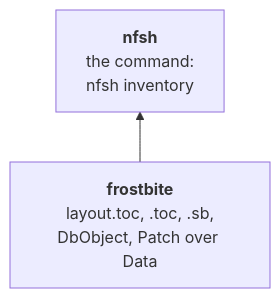
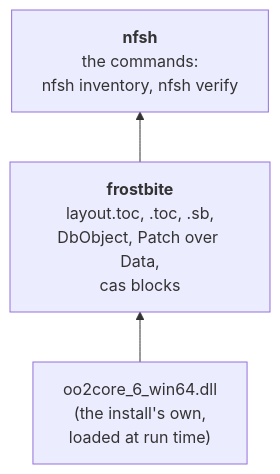
Before and after one commit to cmprssd/nfsh: the second of 4 diagrams in docs/OVERVIEW.md, drawn with Mermaid. The commit also changed other lines of this file and 12 other files, not shown here.

First line of the commit message:
feat: decompress cas entries with the install's Oodle; nfsh verify; release 0.2.0 (#5)

````diff
--- a/docs/OVERVIEW.md
+++ b/docs/OVERVIEW.md
@@ -60,6 +60,8 @@
 ```mermaid
 flowchart BT
-    fb["<b>frostbite</b><br/>layout.toc, .toc, .sb,<br/>DbObject, Patch over Data"]
-    app["<b>nfsh</b><br/>the command:<br/>nfsh inventory"]
+    fb["<b>frostbite</b><br/>layout.toc, .toc, .sb,<br/>DbObject, Patch over Data,<br/>cas blocks"]
+    oo["oo2core_6_win64.dll<br/>(the install's own,<br/>loaded at run time)"]
+    app["<b>nfsh</b><br/>the commands:<br/>nfsh inventory, nfsh verify"]
+    oo --> fb
     fb --> app
 ```
````
